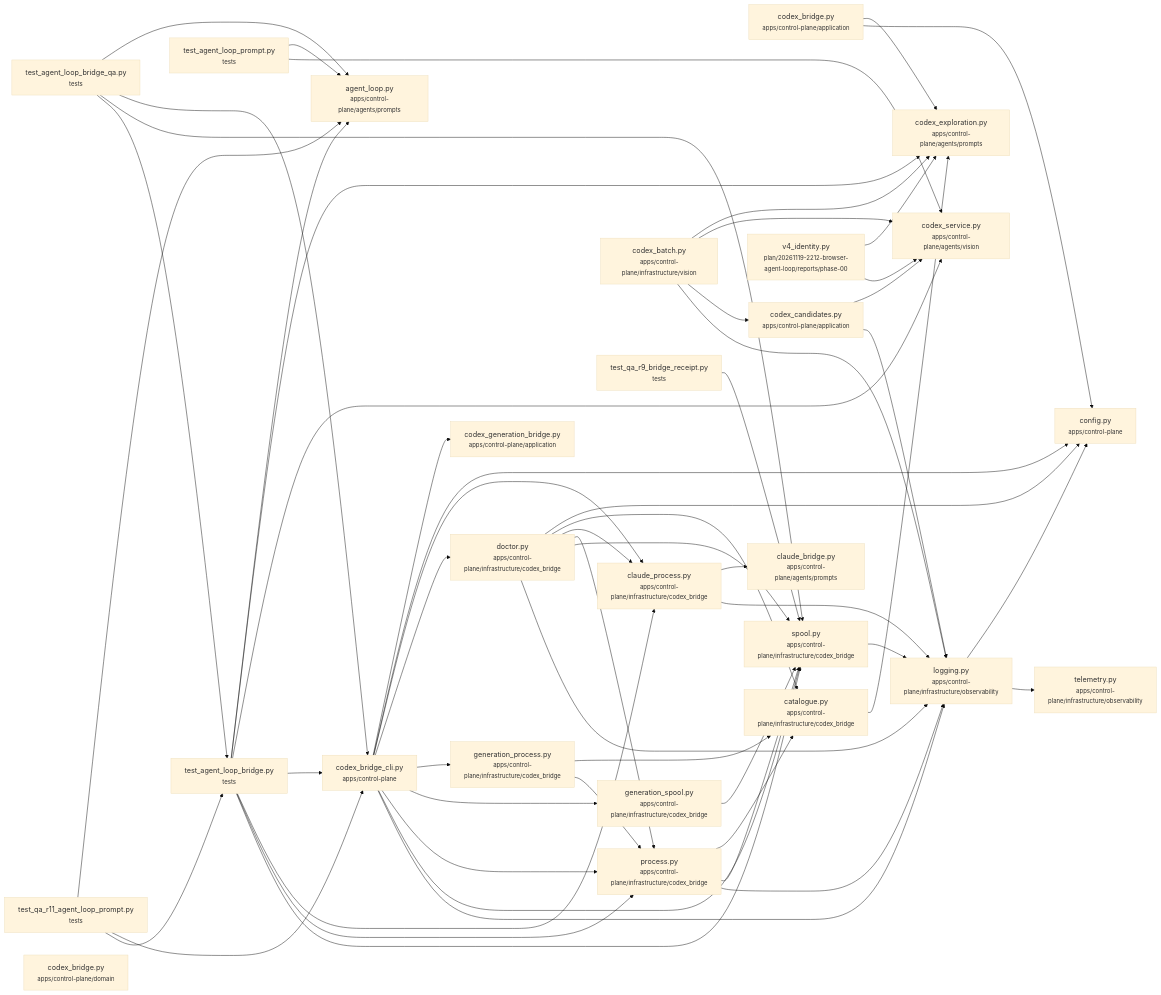
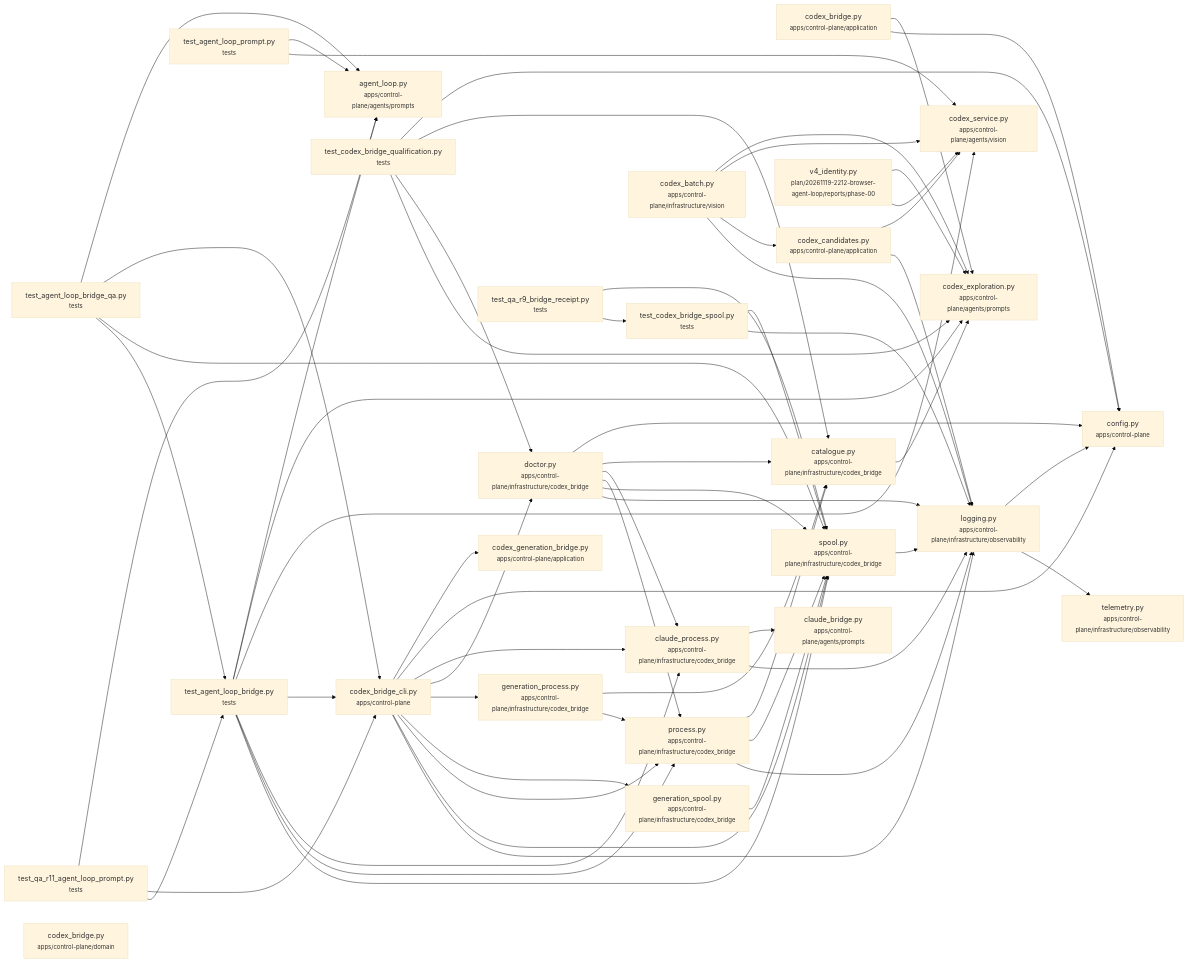
Before and after one commit to HenSanInDuty/agent-automation-testing: the diagram in auto-at-ui/docs/graphs/codex-bridge.md, drawn with Mermaid (base theme). The commit also changed other lines of this file and 15 other files, not shown here.

````diff
--- a/auto-at-ui/docs/graphs/codex-bridge.md
+++ b/auto-at-ui/docs/graphs/codex-bridge.md
@@ -159,9 +166,11 @@
   n20["agent_loop.py<br/><small>apps/control-plane/agents/prompts</small>"]
   n21["test_agent_loop_bridge_qa.py<br/><small>tests</small>"]
   n22["test_agent_loop_prompt.py<br/><small>tests</small>"]
-  n23["test_qa_r11_agent_loop_prompt.py<br/><small>tests</small>"]
-  n24["test_qa_r9_bridge_receipt.py<br/><small>tests</small>"]
-  n25["codex_bridge.py<br/><small>apps/control-plane/domain</small>"]
+  n23["test_codex_bridge_qualification.py<br/><small>tests</small>"]
+  n24["test_codex_bridge_spool.py<br/><small>tests</small>"]
+  n25["test_qa_r11_agent_loop_prompt.py<br/><small>tests</small>"]
+  n26["test_qa_r9_bridge_receipt.py<br/><small>tests</small>"]
+  n27["codex_bridge.py<br/><small>apps/control-plane/domain</small>"]
   n0 --> n1
   n0 --> n2
   n3 --> n4
@@ -212,8 +221,15 @@
   n21 --> n19
   n22 --> n20
   n22 --> n4
-  n23 --> n20
-  n23 --> n6
-  n23 --> n19
+  n23 --> n2
+  n23 --> n14
+  n23 --> n9
+  n23 --> n1
   n24 --> n13
+  n24 --> n5
+  n25 --> n20
+  n25 --> n6
+  n25 --> n19
+  n26 --> n13
+  n26 --> n24
 ```
````
